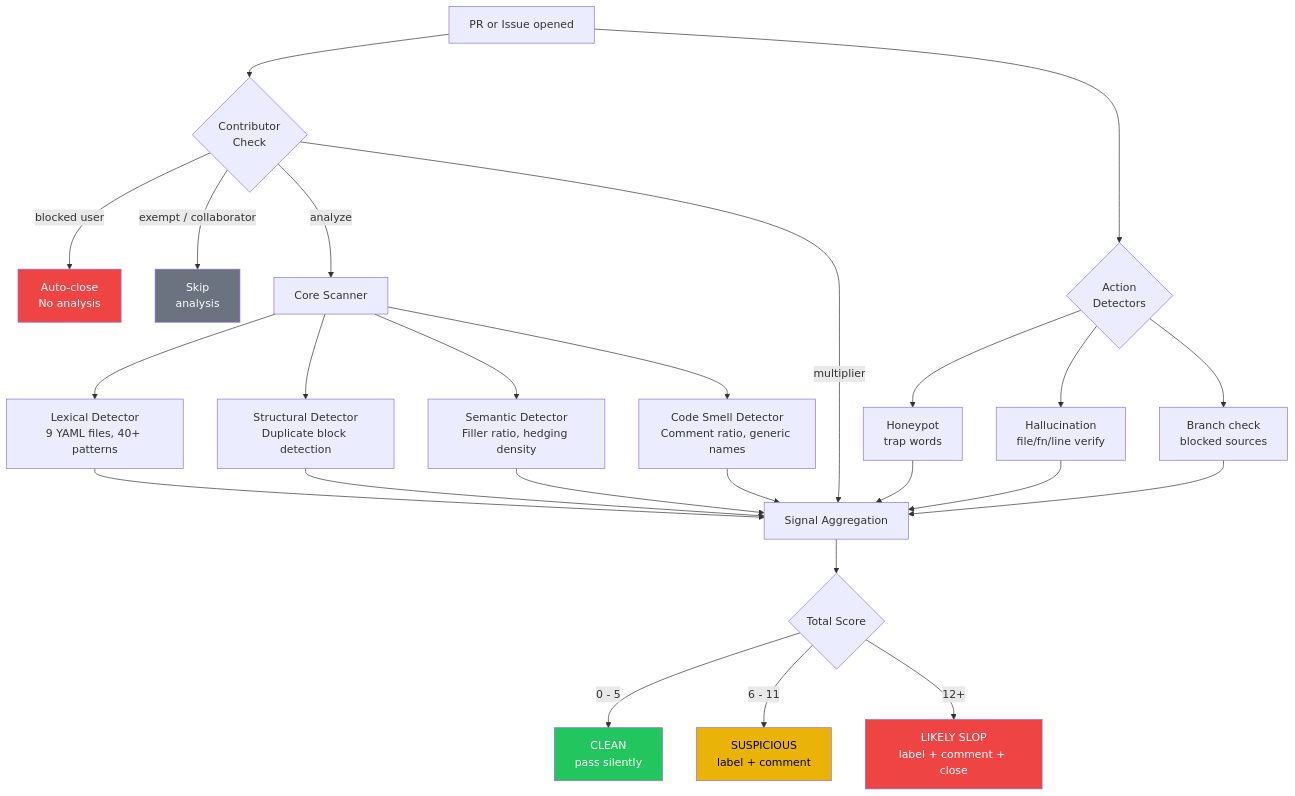
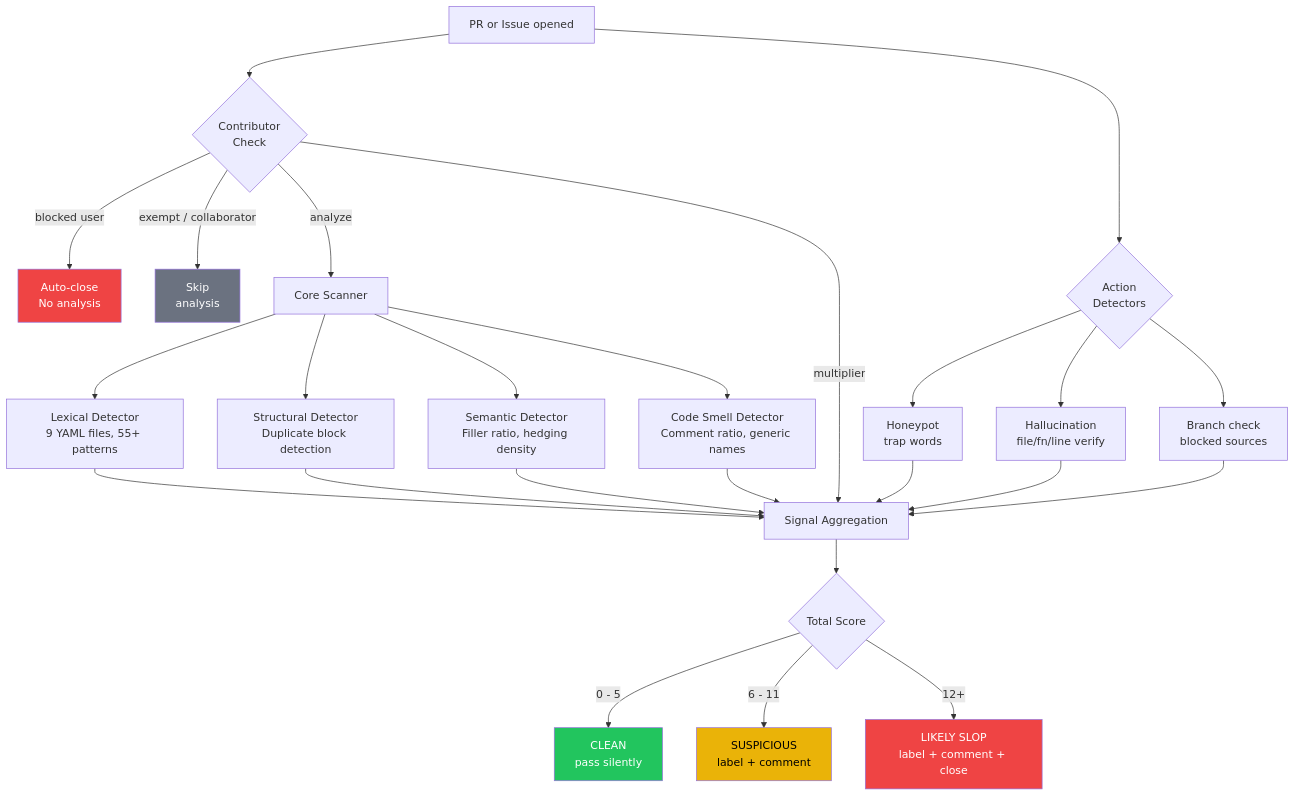
One commit to aislopguardian/slopguardian-action changed the first of 3 diagrams in README.md. Above: the diagram before and after it, drawn with Mermaid. The commit also changed other lines of this file and 4 other files, not shown here.

````diff
--- a/README.md
+++ b/README.md
@@ -28,37 +28,37 @@
 ```mermaid
 flowchart TD
     A["PR or Issue opened"] --> B{"Contributor\nCheck"}
     B -->|"blocked user"| X["Auto-close\nNo analysis"]
     B -->|"exempt / collaborator"| Y["Skip\nanalysis"]
     B -->|"analyze"| C["Core Scanner"]
 
-    C --> D["Lexical Detector\n9 YAML files, 40+ patterns"]
+    C --> D["Lexical Detector\n9 YAML files, 55+ patterns"]
     C --> E["Structural Detector\nDuplicate block detection"]
     C --> F["Semantic Detector\nFiller ratio, hedging density"]
     C --> G["Code Smell Detector\nComment ratio, generic names"]
 
     A --> H{"Action\nDetectors"}
     H --> H1["Honeypot\ntrap words"]
     H --> H2["Hallucination\nfile/fn/line verify"]
     H --> H3["Branch check\nblocked sources"]
 
     D --> S["Signal Aggregation"]
     E --> S
     F --> S
     G --> S
     H1 --> S
     H2 --> S
     H3 --> S
     B -->|"multiplier"| S
 
     S --> SC{"Total Score"}
     SC -->|"0 - 5"| CLEAN["CLEAN\npass silently"]
     SC -->|"6 - 11"| WARN["SUSPICIOUS\nlabel + comment"]
     SC -->|"12+"| SLOP["LIKELY SLOP\nlabel + comment + close"]
 
     style CLEAN fill:#22c55e,color:#fff
     style WARN fill:#eab308,color:#000
     style SLOP fill:#ef4444,color:#fff
     style X fill:#ef4444,color:#fff
     style Y fill:#6b7280,color:#fff
 ```
````
